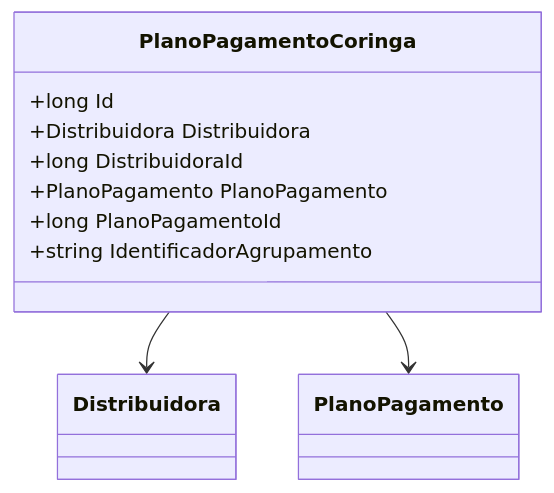
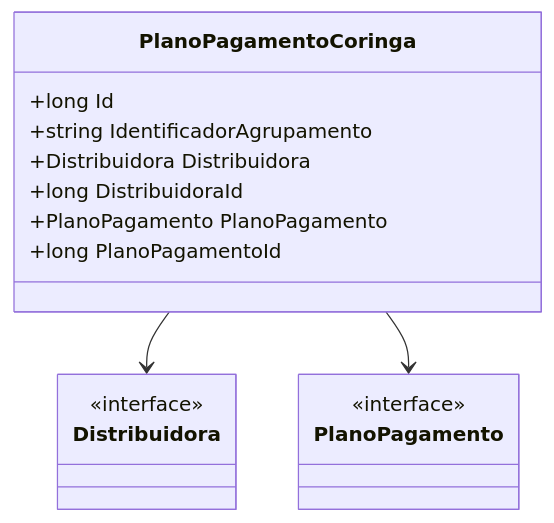
The diagram in docs/b2b-dominio/IsthmusWinthor.Nucleo/IsthmusWinthor.Dominio/Entidades/PlanoPagamentoCoringa.md (IsthmusSistemas/documentacao-tecnica), drawn with Mermaid before and after one commit. The commit also changed other lines of this file and 882 other files, not shown here.

````diff
--- a/docs/b2b-dominio/IsthmusWinthor.Nucleo/IsthmusWinthor.Dominio/Entidades/PlanoPagamentoCoringa.md
+++ b/docs/b2b-dominio/IsthmusWinthor.Nucleo/IsthmusWinthor.Dominio/Entidades/PlanoPagamentoCoringa.md
@@ -43,20 +24,22 @@
 ```mermaid
 classDiagram
     class PlanoPagamentoCoringa {
         +long Id
+        +string IdentificadorAgrupamento
         +Distribuidora Distribuidora
         +long DistribuidoraId
         +PlanoPagamento PlanoPagamento
         +long PlanoPagamentoId
-        +string IdentificadorAgrupamento
+    }
+    
+    class Distribuidora {
+        <<interface>>
     }
 
-    class Distribuidora {
+    class PlanoPagamento {
+        <<interface>>
     }
-    
-    class PlanoPagamento {
-    }
-    
+
     PlanoPagamentoCoringa --> Distribuidora
     PlanoPagamentoCoringa --> PlanoPagamento
 ```
````
